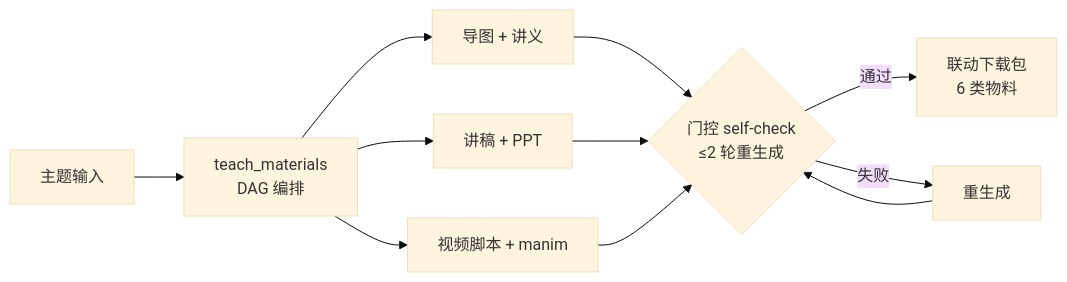
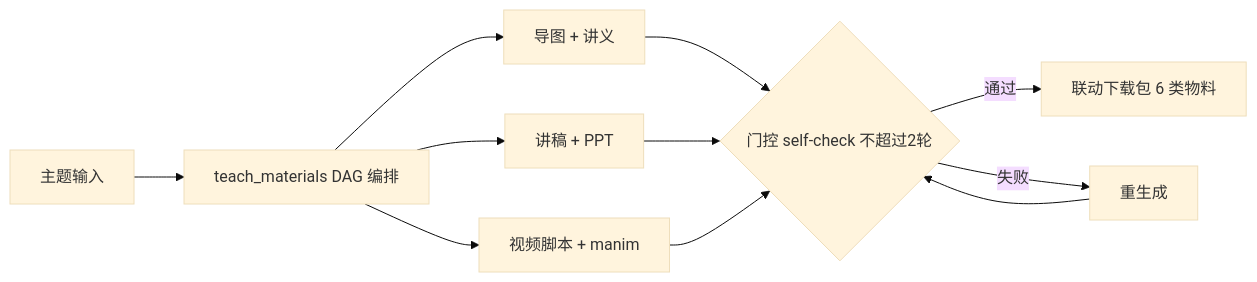
Before and after one commit to Golden2002/PAEG: diagram 27 of 28 in PAEG技术说明.md, drawn with Mermaid (base theme). The commit also changed other lines of this file and 1 other file, not shown here.

Commit message:
revert: 恢复图2B/27 subgraph版本 + render_pdf.py回滚v1.1.5(原本成功方式)——渲染泄漏排查中,先还原稳定基线

````diff
--- a/PAEG技术说明.md
+++ b/PAEG技术说明.md
@@ -696,13 +696,13 @@
 ```mermaid
 flowchart LR
-    IN["主题输入"] --> DAG["teach_materials<br/>DAG 编排"]
+    IN["主题输入"] --> DAG["teach_materials DAG 编排"]
     DAG --> P1["导图 + 讲义"]
     DAG --> P2["讲稿 + PPT"]
     DAG --> P3["视频脚本 + manim"]
-    P1 --> GATE{"门控 self-check<br/>≤2 轮重生成"}
+    P1 --> GATE{"门控 self-check 不超过2轮"}
     P2 --> GATE
     P3 --> GATE
-    GATE -->|通过| OUT["联动下载包<br/>6 类物料"]
+    GATE -->|通过| OUT["联动下载包 6 类物料"]
     GATE -->|失败| REGEN["重生成"]
     REGEN --> GATE
 ```
````
